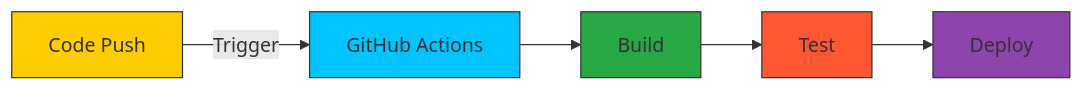
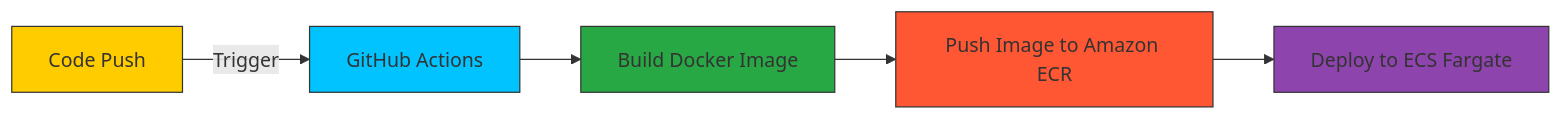
The second of 8 diagrams in README.md (AniketFirke/-CI-CD-Projects), drawn with Mermaid before and after one commit. The commit also changed other lines of this file, not shown here.

````diff
--- a/README.md
+++ b/README.md
@@ -66,13 +70,14 @@
 ```mermaid
 flowchart LR
     A[Code Push] -->|Trigger| B[GitHub Actions]
-    B --> C[Build]
-    C --> D[Test]
-    D --> E[Deploy]
+    B --> C[Build Docker Image]
+    C --> D[Push Image to Amazon ECR]
+    D --> E[Deploy to ECS Fargate]
 
     style A fill:#ffcc00,stroke:#333
     style B fill:#00c3ff,stroke:#333
     style C fill:#28a745,stroke:#333
     style D fill:#ff5733,stroke:#333
     style E fill:#8e44ad,stroke:#333
+
 ```
````
